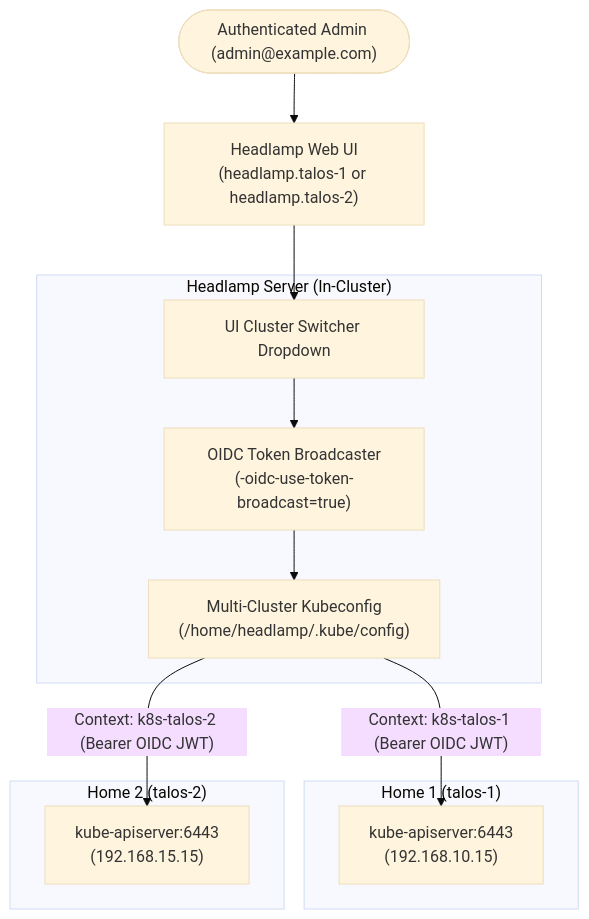
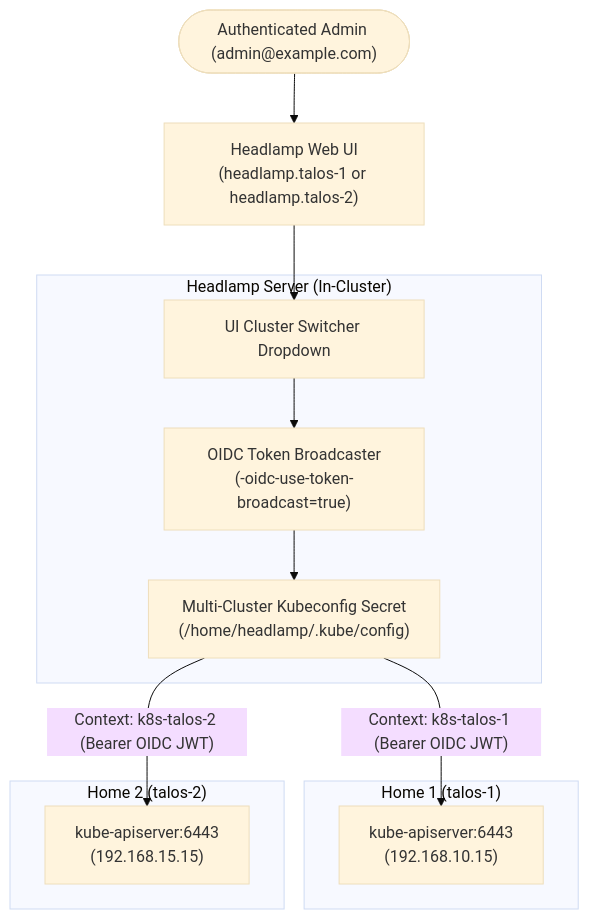
Before and after one commit to GabrielJean/HomeLab: the first of 2 diagrams in K8s/infrastructure/headlamp/README.md, drawn with Mermaid (base theme). The commit also changed other lines of this file and 4 other files, not shown here.

Commit message:
fix(headlamp): template multi-cluster kubeconfig via ExternalSecret with client_secret to fix AADSTS7000218

````diff
--- a/K8s/infrastructure/headlamp/README.md
+++ b/K8s/infrastructure/headlamp/README.md
@@ -61,25 +60,25 @@
 ```mermaid
 flowchart TD
     User(["Authenticated Admin (admin@example.com)"]) --> Browser["Headlamp Web UI<br/>(headlamp.talos-1 or headlamp.talos-2)"]
 
     subgraph Headlamp_Instance["Headlamp Server (In-Cluster)"]
         UI["UI Cluster Switcher Dropdown"]
         TB["OIDC Token Broadcaster<br/>(-oidc-use-token-broadcast=true)"]
-        KC["Multi-Cluster Kubeconfig<br/>(/home/headlamp/.kube/config)"]
+        KC["Multi-Cluster Kubeconfig Secret<br/>(/home/headlamp/.kube/config)"]
     end
 
     Browser --> UI
     UI --> TB
     TB --> KC
 
     subgraph Cluster_1["Home 1 (talos-1)"]
         API1["kube-apiserver:6443<br/>(192.168.10.15)"]
     end
 
     subgraph Cluster_2["Home 2 (talos-2)"]
         API2["kube-apiserver:6443<br/>(192.168.15.15)"]
     end
 
     KC -->|"Context: k8s-talos-1 (Bearer OIDC JWT)"| API1
     KC -->|"Context: k8s-talos-2 (Bearer OIDC JWT)"| API2
 ```
````
